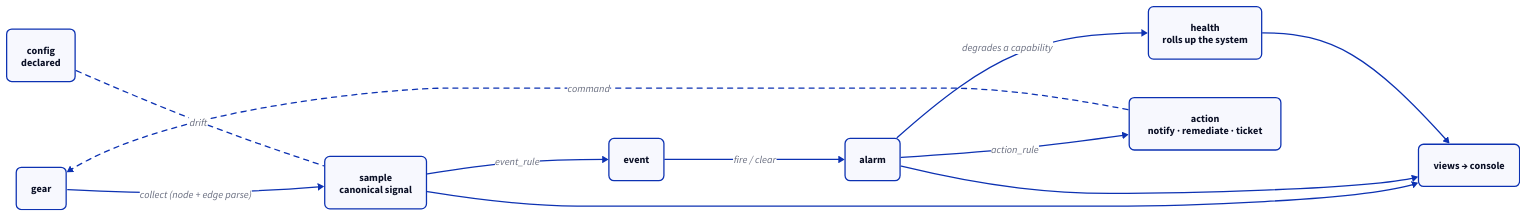
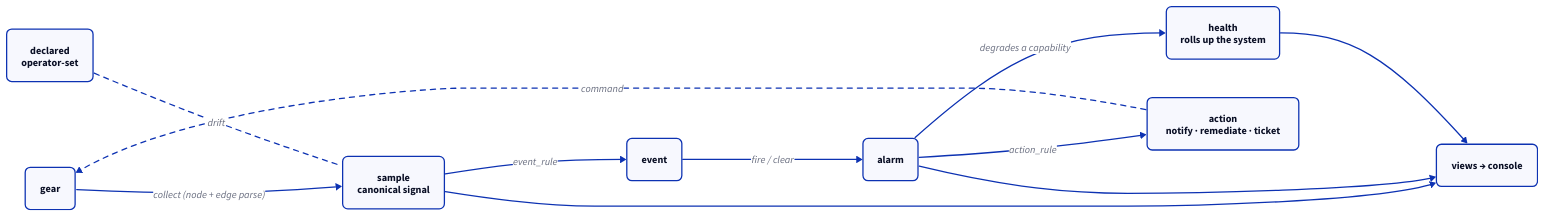
Before and after one commit to hyperscaleav/omniglass: the second of 2 diagrams in docs/src/content/docs/architecture/index.md, drawn with D2. The commit also changed other lines of this file and 182 other files, not shown here.

````diff
--- a/docs/src/content/docs/architecture/index.md
+++ b/docs/src/content/docs/architecture/index.md
@@ -137,31 +145,31 @@
 ```d2
 direction: right
 
 # Shape colors are deliberately omitted: the inline SVG is themed from the site's
 # brand tokens in custom.css so it follows Starlight's light/dark toggle. Only
 # structure (rounding, dashes, the highlighted key node) lives here.
 classes: {
   node: { style.border-radius: 8 }
   key: { style: { border-radius: 8; bold: true } }
 }
 
 gear: gear { class: node }
 sample: "sample\ncanonical signal" { class: key }
 event: event { class: node }
 alarm: alarm { class: node }
 health: "health\nrolls up the system" { class: node }
 action: "action\nnotify · remediate · ticket" { class: node }
-config: "config\ndeclared" { class: node }
+declared: "declared\noperator-set" { class: node }
 views: "views → console" { class: node }
 
 gear -> sample: collect (node + edge parse)
 sample -> event: event_rule
 event -> alarm: fire / clear
 alarm -> health: degrades a capability
 alarm -> action: action_rule
 action -> gear: command { style.stroke-dash: 4 }
-config -- sample: drift { style.stroke-dash: 4 }
+declared -- sample: drift { style.stroke-dash: 4 }
 sample -> views
 alarm -> views
 health -> views
 ```
````
